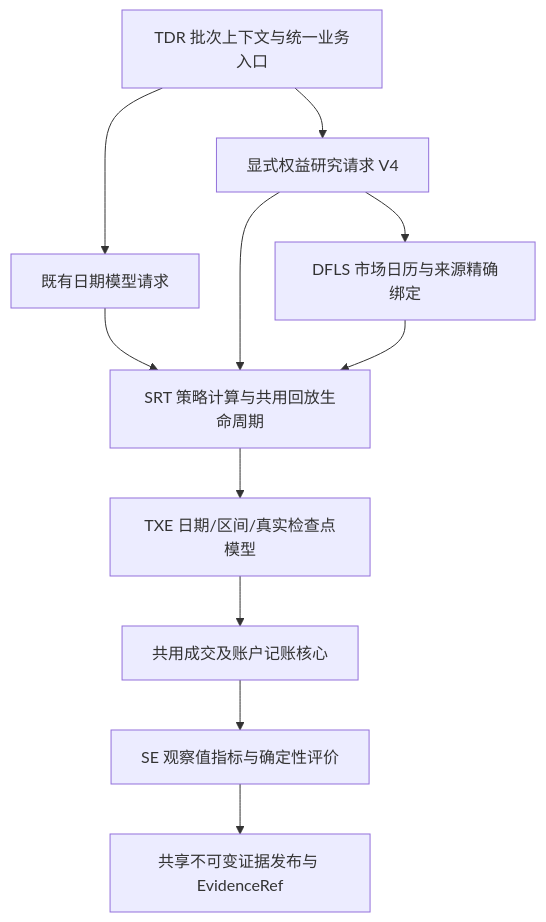
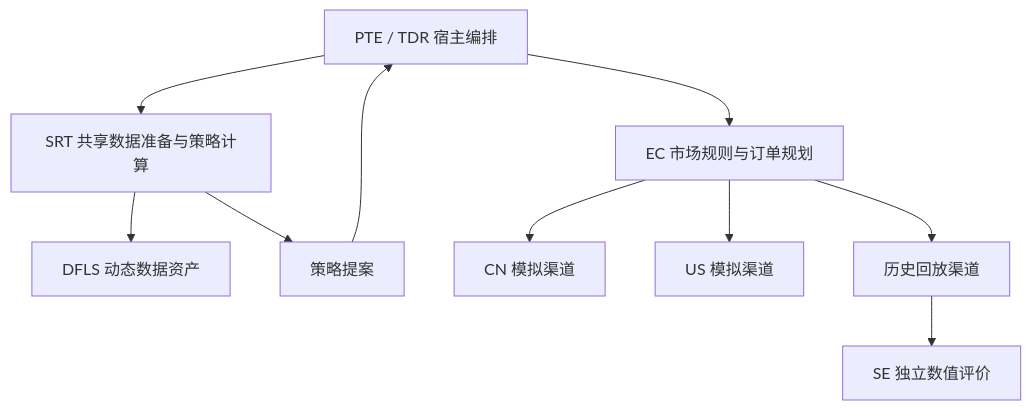
Before and after one commit to tomxiao/czsc_trader: the diagram in src/czsc_trader/README.md, drawn with Mermaid. The commit also changed other lines of this file and 236 other files, not shown here.

````diff
--- a/src/czsc_trader/README.md
+++ b/src/czsc_trader/README.md
@@ -927,13 +927,12 @@
 ```mermaid
 flowchart TD
-    TDR[TDR 批次上下文与统一业务入口] --> A[既有日期模型请求]
-    TDR --> U[显式权益研究请求 V4]
-    U --> D[DFLS 市场日历与来源精确绑定]
-    A --> S[SRT 策略计算与共用回放生命周期]
-    U --> S
-    D --> S
-    S --> X[TXE 日期/区间/真实检查点模型]
-    X --> F[共用成交及账户记账核心]
-    F --> E[SE 观察值指标与确定性评价]
-    E --> R[共享不可变证据发布与 EvidenceRef]
+    H[PTE / TDR 宿主编排] --> S[SRT 共享数据准备与策略计算]
+    S --> D[DFLS 动态数据资产]
+    S --> P[策略提案]
+    H --> X[EC 市场规则与订单规划]
+    P --> H
+    X --> CN[CN 模拟渠道]
+    X --> US[US 模拟渠道]
+    X --> R[历史回放渠道]
+    R --> E[SE 独立数值评价]
 ```
````
